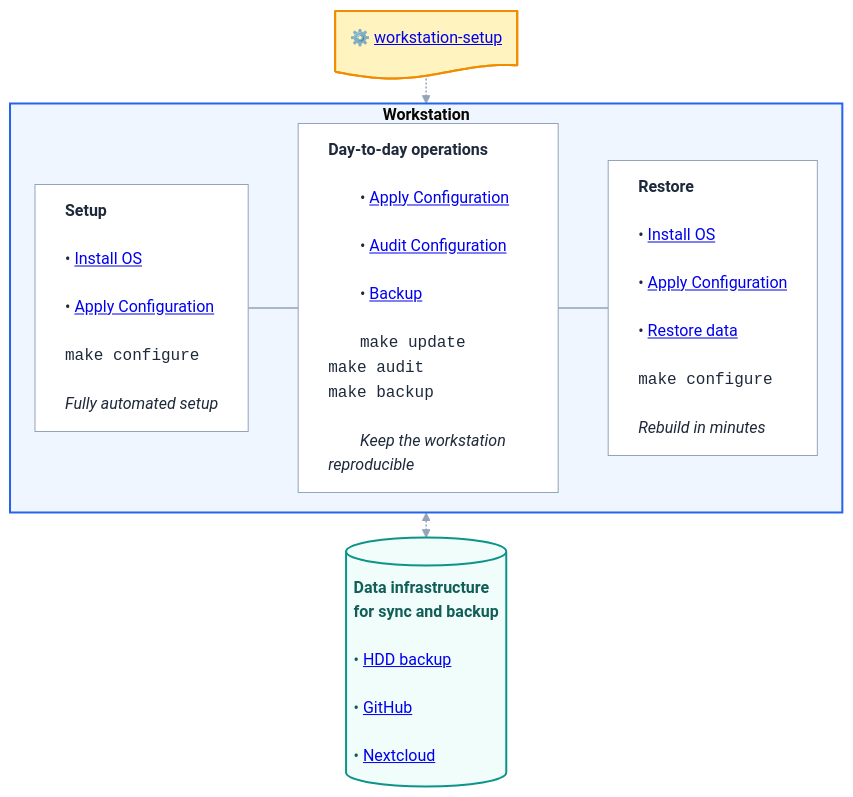
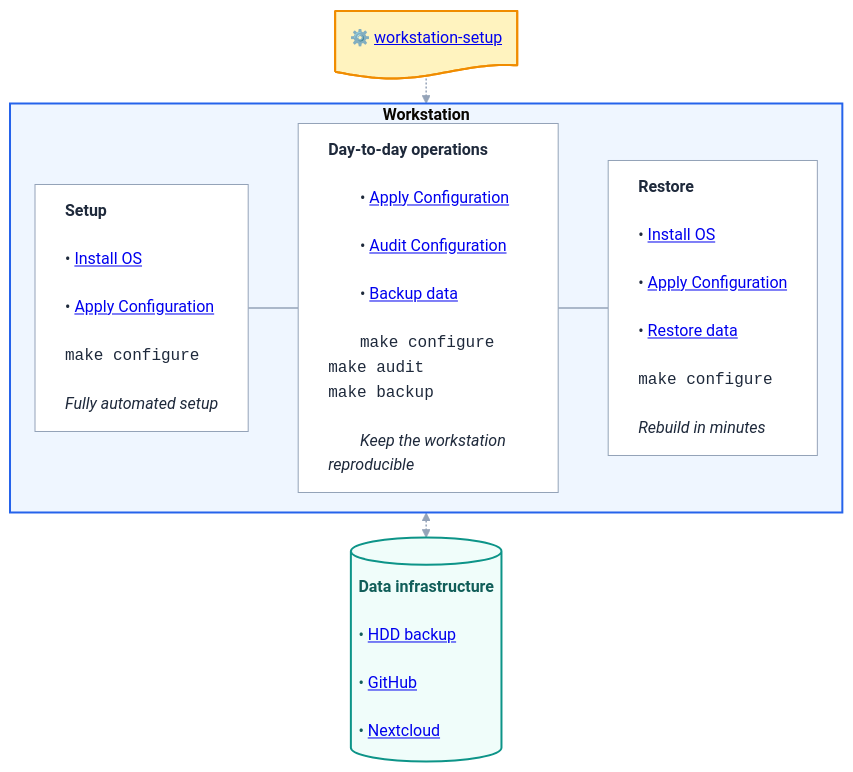
Before and after one commit to fs-ise/workstation-setup: the diagram in docs/index.qmd, drawn with Mermaid.

````diff
--- a/docs/index.qmd
+++ b/docs/index.qmd
@@ -8,68 +8,68 @@
 ```{mermaid}
 %%| fig-align: center
 ---
 config:
   theme: base
   themeCSS: |-
     .node { color-scheme: light dark; }
 
     .nodeLabel { line-height: 1.15 !important; }
 ---
 %%{init: {"flowchart":{"rankSpacing":25,"nodeSpacing":20,"curve":"linear","htmlLabels":true}}}%%
 flowchart TB
 
     %% Top: Configuration recipe
     A@{ shape: doc, label: "⚙️ <a href='https://github.com/fs-ise/workstation-setup'>workstation-setup</a><br/>" }
 
     %% Middle: Workstation lifecycle
     subgraph WS["<strong>Workstation</strong>"]
         direction LR
 
         Setup["<strong>Setup</strong><br/>
         • <a href='install_os.html'>Install OS</a><br/>
         • <a href='install_software.html'>Apply Configuration</a><br/>
         <span style='font-family:monospace;'>make configure</span><br/>
         <i>Fully automated setup</i>"]
 
         Daily["<strong>Day-to-day operations</strong><br/>
         • <a href='install_software.html#update-and-reapply-configuration'>Apply Configuration</a><br/>
         • <a href='update_software.html'>Audit Configuration</a><br/>
-        • <a href='backup.html'>Backup</a><br/>
-        <span style='font-family:monospace;'>make update<br/>make audit<br/>make backup</span><br/>
+        • <a href='backup.html'>Backup data</a><br/>
+        <span style='font-family:monospace;'>make configure<br/>make audit<br/>make backup</span><br/>
         <i>Keep the workstation reproducible</i>"]
 
         Restore["<strong>Restore</strong><br/>
         • <a href='install_os.html'>Install OS</a><br/>
         • <a href='install_software.html'>Apply Configuration</a><br/>
         • <a href='restore.html'>Restore data</a><br/>
         <span style='font-family:monospace;'>make configure</span><br/>
         <i>Rebuild in minutes</i>"]
 
         %% Invisible links enforce left-to-right ordering
         Setup ~~~ Daily ~~~ Restore
     end
 
     %% Bottom: Shared data infrastructure
-    DATA[("<strong>Data infrastructure<br/>for sync and backup</strong><br/>
+    DATA[("<strong>Data infrastructure</strong><br/>
     • <a href='backup.html#hdd-backup'>HDD backup</a><br/>
     • <a href='backup.html#github'>GitHub</a><br/>
     • <a href='backup.html#nextcloud'>Nextcloud</a>")]
 
     %% External connections
     A -.-> WS
     WS <-.-> DATA
 
     %% Node styles
     classDef ansible fill:#fff3bf,stroke:#f08c00,stroke-width:2px,color:#1e293b;
     classDef phase fill:#ffffff,stroke:#94a3b8,stroke-width:1px,color:#1e293b,text-align:left;
     classDef storage fill:#f0fdfa,stroke:#0d9488,stroke-width:2px,color:#115e59,text-align:left;
 
     class A ansible;
     class Setup,Daily,Restore phase;
     class DATA storage;
 
     %% Workstation container
     style WS fill:#eff6ff,stroke:#2563eb,stroke-width:2px
 
     linkStyle default stroke:#94a3b8,stroke-width:1.5px
 ```
````
